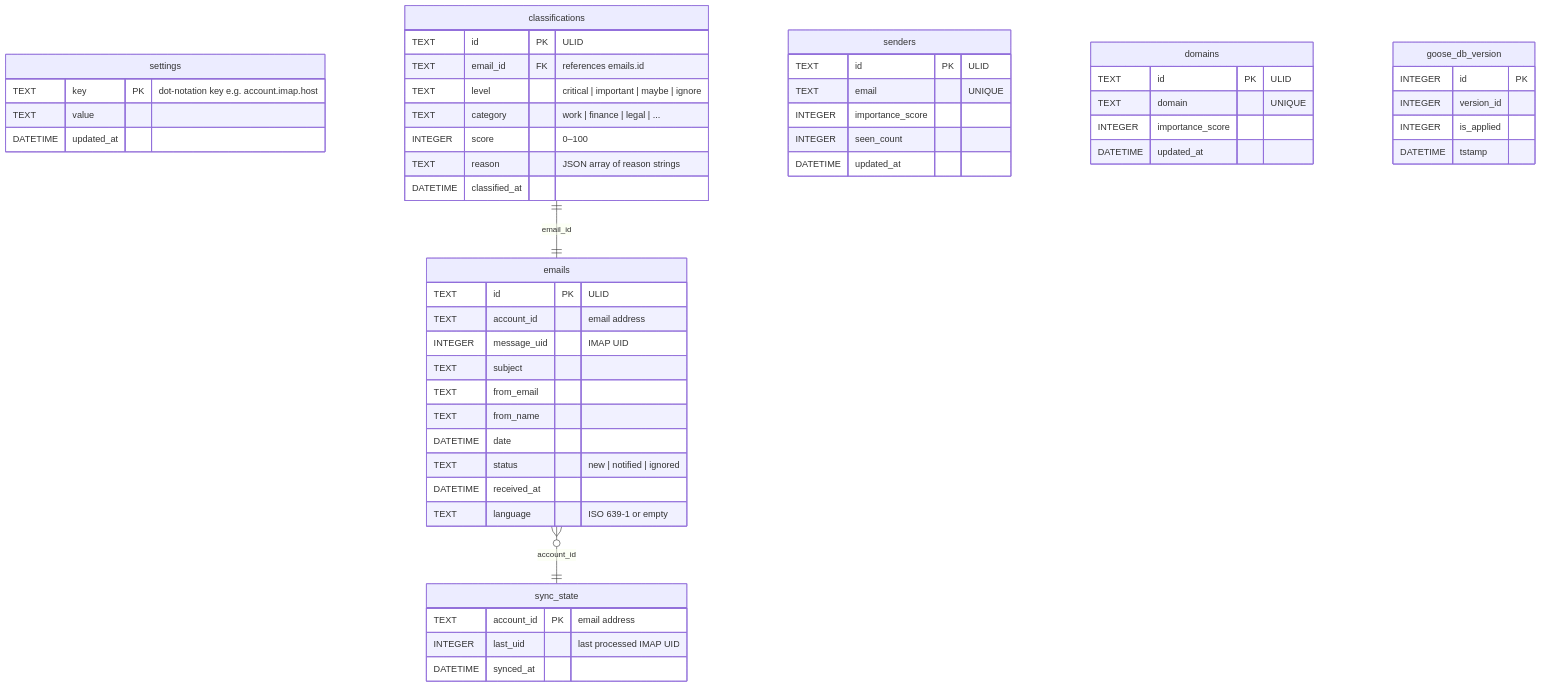
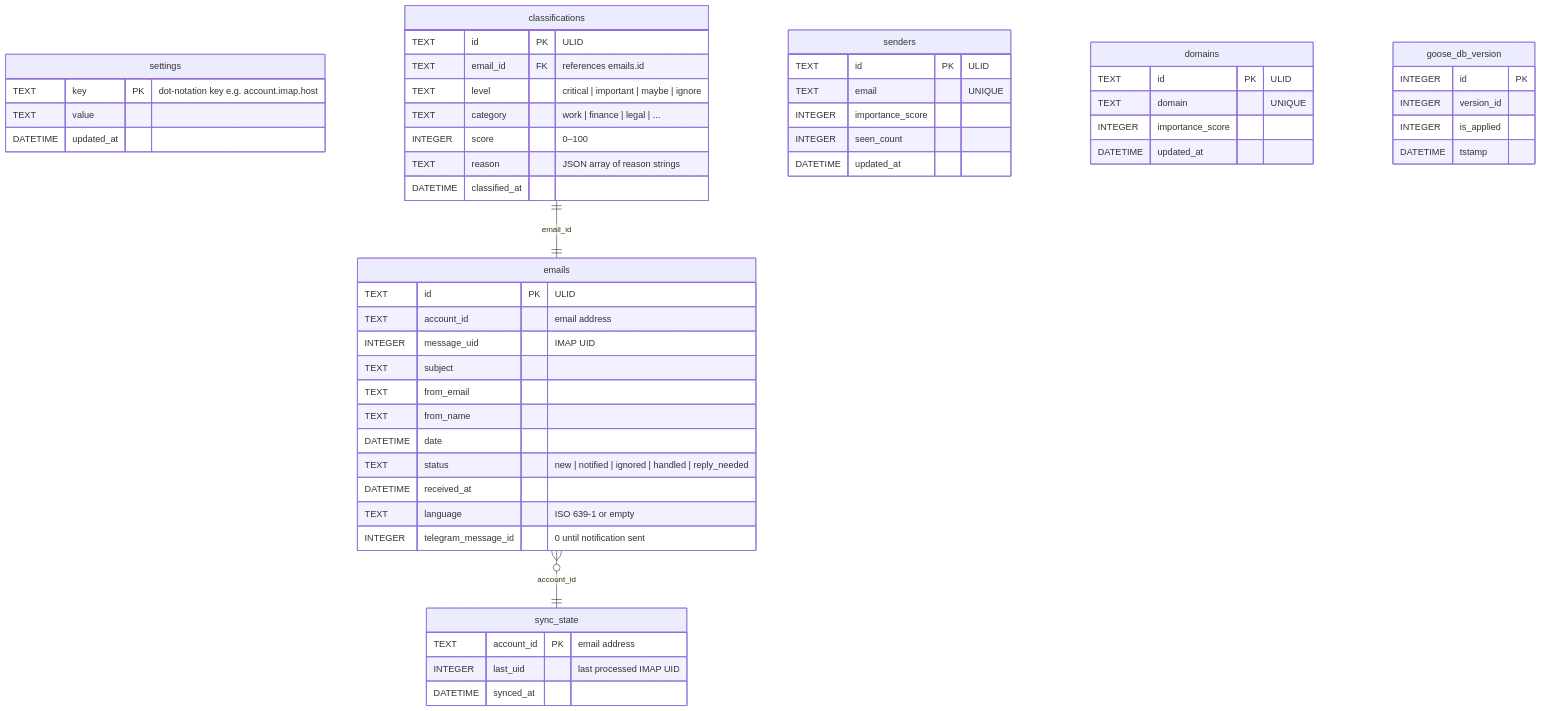
The diagram in docs/db-schema.md (paperspell/email-assistant), drawn with Mermaid before and after one commit. The commit also changed other lines of this file and 14 other files, not shown here.

Commit message:
stage 003 - telegram interaction - implementation of callback handling, improved notifications, and schema updates

````diff
--- a/docs/db-schema.md
+++ b/docs/db-schema.md
@@ -7,62 +7,63 @@
 ```mermaid
 erDiagram
     emails {
         TEXT id PK "ULID"
         TEXT account_id "email address"
         INTEGER message_uid "IMAP UID"
         TEXT subject
         TEXT from_email
         TEXT from_name
         DATETIME date
-        TEXT status "new | notified | ignored"
+        TEXT status "new | notified | ignored | handled | reply_needed"
         DATETIME received_at
         TEXT language "ISO 639-1 or empty"
+        INTEGER telegram_message_id "0 until notification sent"
     }
 
     sync_state {
         TEXT account_id PK "email address"
         INTEGER last_uid "last processed IMAP UID"
         DATETIME synced_at
     }
 
     settings {
         TEXT key PK "dot-notation key e.g. account.imap.host"
         TEXT value
         DATETIME updated_at
     }
 
     classifications {
         TEXT id PK "ULID"
         TEXT email_id FK "references emails.id"
         TEXT level "critical | important | maybe | ignore"
         TEXT category "work | finance | legal | ..."
         INTEGER score "0–100"
         TEXT reason "JSON array of reason strings"
         DATETIME classified_at
     }
 
     senders {
         TEXT id PK "ULID"
         TEXT email "UNIQUE"
         INTEGER importance_score
         INTEGER seen_count
         DATETIME updated_at
     }
 
     domains {
         TEXT id PK "ULID"
         TEXT domain "UNIQUE"
         INTEGER importance_score
         DATETIME updated_at
     }
 
     goose_db_version {
         INTEGER id PK
         INTEGER version_id
         INTEGER is_applied
         DATETIME tstamp
     }
 
     emails }o--|| sync_state : "account_id"
     classifications ||--|| emails : "email_id"
 ```
````
